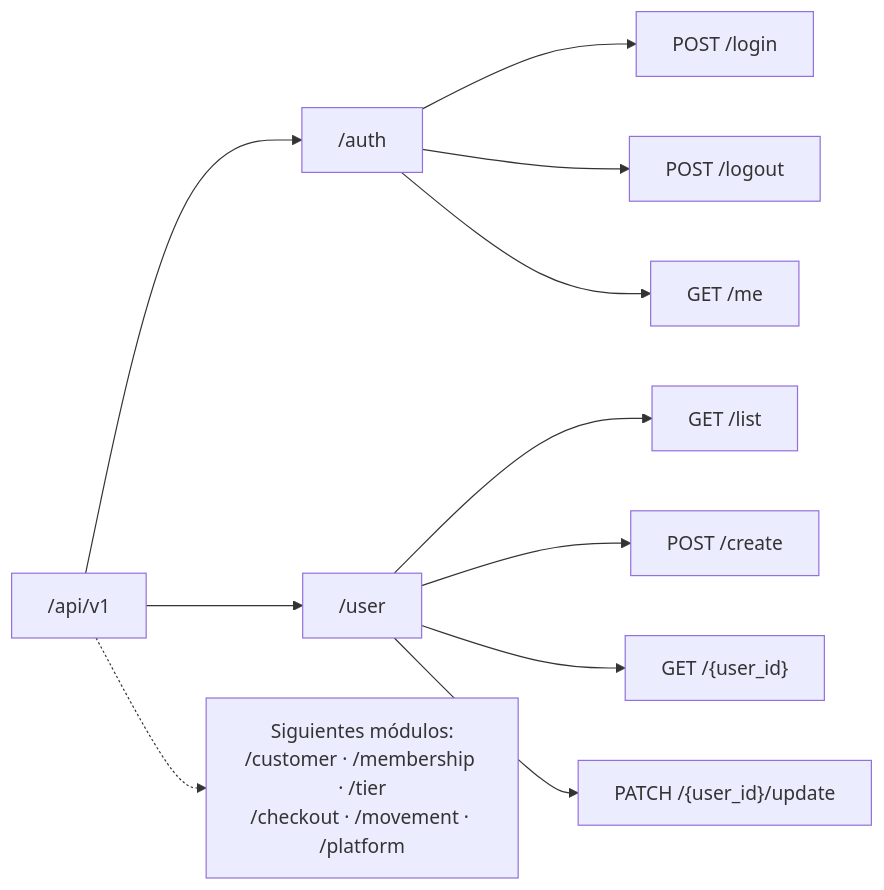
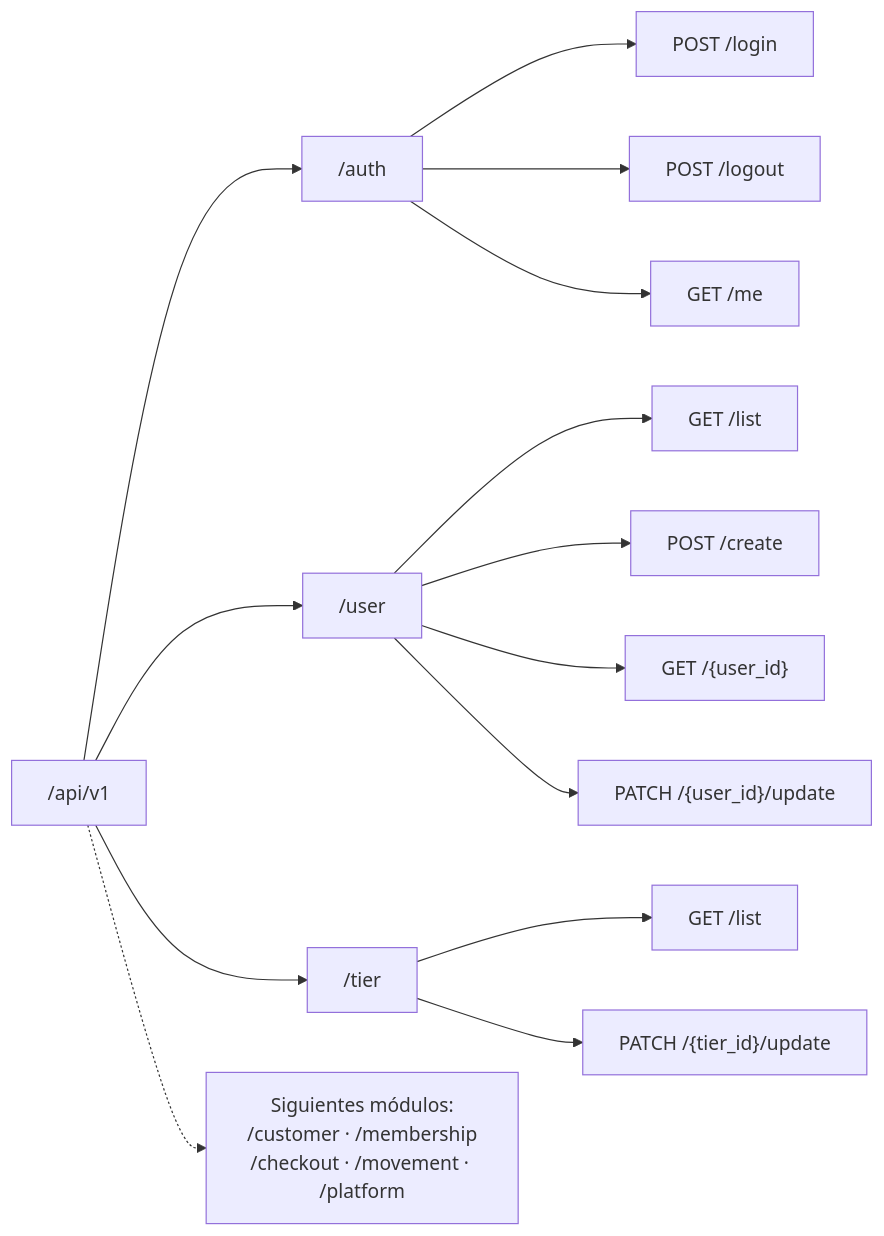
The sixth of 13 diagrams in docs/ARCHITECTURE.md (AGA-Studio/Member-Web), drawn with Mermaid before and after one commit. The commit also changed other lines of this file and 1 other file, not shown here.

````diff
--- a/docs/ARCHITECTURE.md
+++ b/docs/ARCHITECTURE.md
@@ -201,15 +246,19 @@
 ```mermaid
 flowchart LR
     ROOT["/api/v1"] --> AUTH["/auth"]
     ROOT --> USER["/user"]
-    ROOT -.-> NEXT["Siguientes módulos:<br/>/customer · /membership · /tier<br/>/checkout · /movement · /platform"]
+    ROOT --> TIER["/tier"]
+    ROOT -.-> NEXT["Siguientes módulos:<br/>/customer · /membership<br/>/checkout · /movement · /platform"]
 
     AUTH --> L["POST /login"]
     AUTH --> LO["POST /logout"]
     AUTH --> ME["GET /me"]
 
     USER --> UL["GET /list"]
     USER --> UC["POST /create"]
     USER --> UG["GET /{user_id}"]
     USER --> UU["PATCH /{user_id}/update"]
+
+    TIER --> TL["GET /list"]
+    TIER --> TU["PATCH /{tier_id}/update"]
 ```
````
